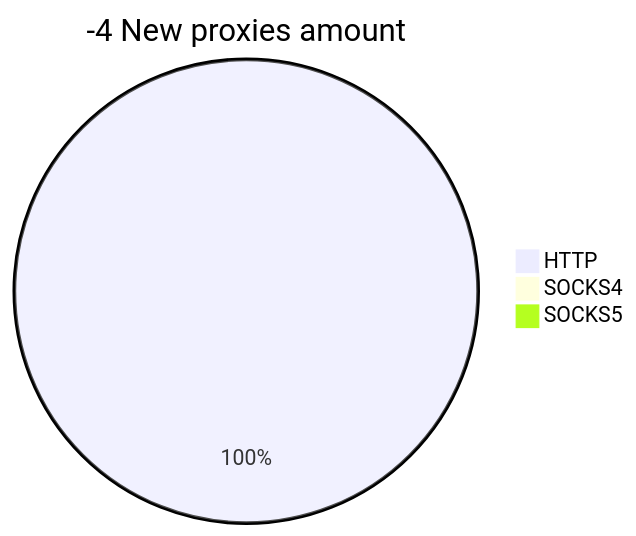
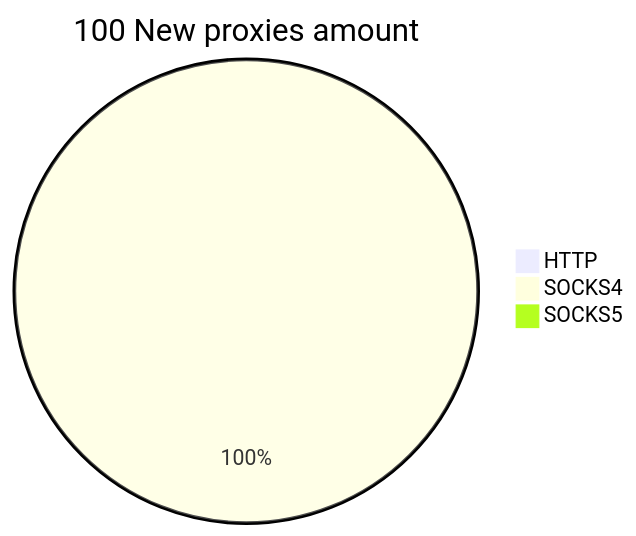
The second of 2 diagrams in README.md (cutipu/proxylist), drawn with Mermaid before and after one commit. The commit also changed other lines of this file, not shown here.

````diff
--- a/README.md
+++ b/README.md
@@ -10,6 +10,6 @@
 ```mermaid
-pie title -4 New proxies amount
-    "HTTP" : 32
-    "SOCKS4" : 0
+pie title 100 New proxies amount
+    "HTTP" : 0
+    "SOCKS4" : 122
     "SOCKS5" : 0
 ```
````
